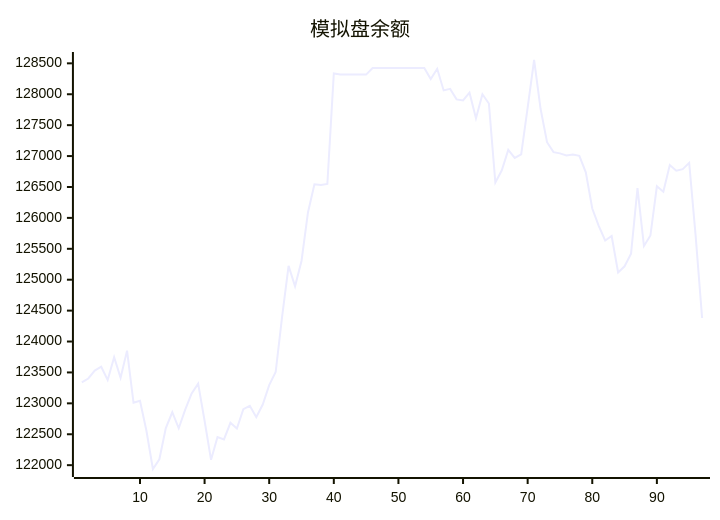
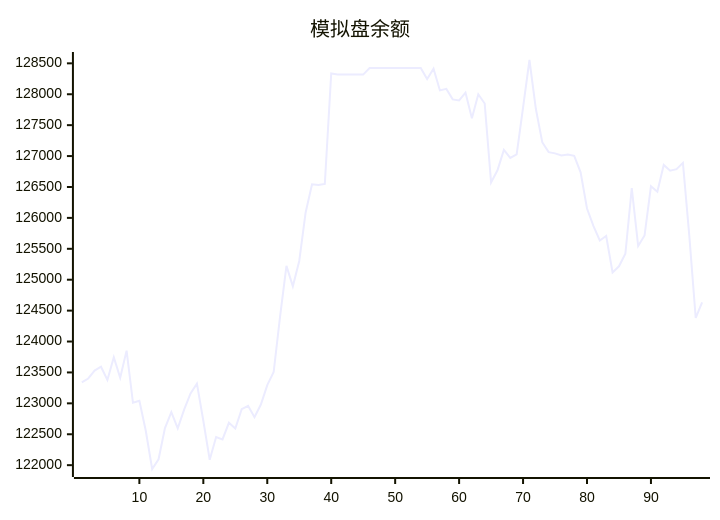
Before and after one commit to aahl/ai-trading: the diagram in README.md, drawn with Mermaid. The commit also changed other lines of this file and 1 other file, not shown here.

````diff
--- a/README.md
+++ b/README.md
@@ -5,5 +5,5 @@
 ```mermaid
 xychart
     title "模拟盘余额"
-    line [123338,123402,123530,123592,123378,123745,123413,123853,123009,123040,122557,121938,122095,122599,122856,122597,122898,123160,123319,122719,122087,122454,122416,122685,122592,122907,122961,122776,122981,123295,123507,124403,125224,124894,125303,126088,126544,126534,126549,128335,128318,128318,128318,128318,128318,128424,128424,128424,128424,128424,128424,128424,128424,128424,128247,128412,128062,128087,127917,127901,128026,127611,128000,127850,126572,126770,127100,126971,127029,127783,128554,127765,127224,127064,127044,127009,127025,127004,126738,126152,125871,125635,125707,125117,125217,125420,126480,125545,125715,126511,126424,126856,126764,126788,126890,125710,124381]
+    line [123338,123402,123530,123592,123378,123745,123413,123853,123009,123040,122557,121938,122095,122599,122856,122597,122898,123160,123319,122719,122087,122454,122416,122685,122592,122907,122961,122776,122981,123295,123507,124403,125224,124894,125303,126088,126544,126534,126549,128335,128318,128318,128318,128318,128318,128424,128424,128424,128424,128424,128424,128424,128424,128424,128247,128412,128062,128087,127917,127901,128026,127611,128000,127850,126572,126770,127100,126971,127029,127783,128554,127765,127224,127064,127044,127009,127025,127004,126738,126152,125871,125635,125707,125117,125217,125420,126480,125545,125715,126511,126424,126856,126764,126788,126890,125710,124381,124632]
 ```
````
